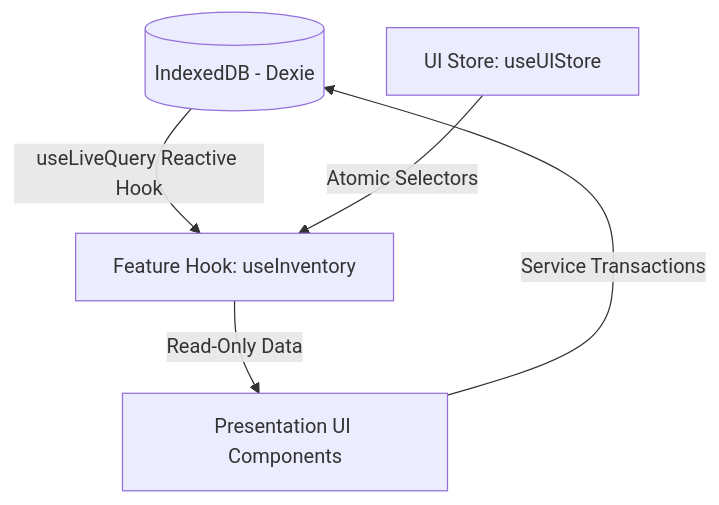
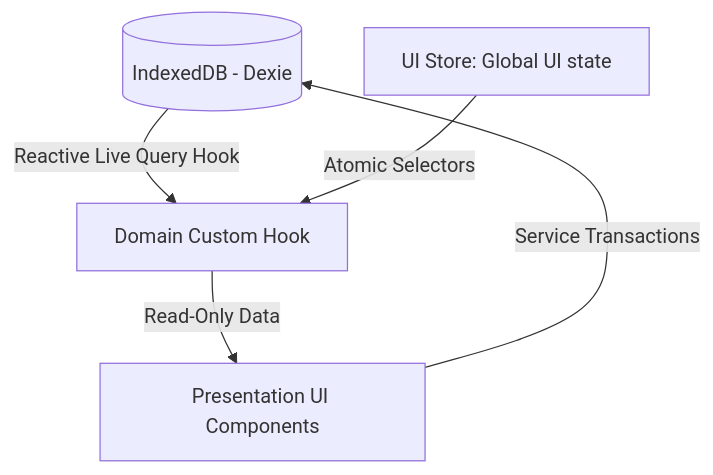
The diagram in docs/ai/architecture.md (ghanshyam18/stock-manager-pro), drawn with Mermaid before and after one commit. The commit also changed other lines of this file and 14 other files, not shown here.

````diff
--- a/docs/ai/architecture.md
+++ b/docs/ai/architecture.md
@@ -112,7 +104,7 @@
 ```mermaid
 graph TD
-    DB[(IndexedDB - Dexie)] -->|useLiveQuery Reactive Hook| Hook[Feature Hook: useInventory]
-    Zustand[UI Store: useUIStore] -->|Atomic Selectors| Hook
+    DB[(IndexedDB - Dexie)] -->|Reactive Live Query Hook| Hook[Domain Custom Hook]
+    Zustand[UI Store: Global UI state] -->|Atomic Selectors| Hook
     Hook -->|Read-Only Data| UI[Presentation UI Components]
     UI -->|Service Transactions| DB
 ```
````
